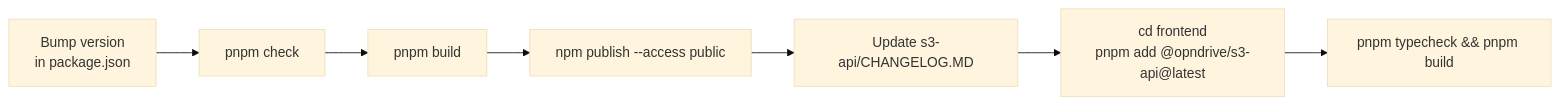
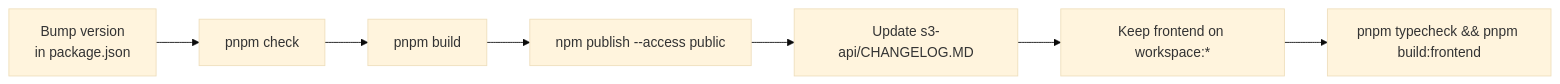
One commit to Opndrive/opndrive changed the diagram in docs/content/maintainers/release-process.md. Above: the diagram before and after it, drawn with Mermaid (base theme). The commit also changed other lines of this file and 18 other files, not shown here.

Commit message:
chore: update docs as per the pnpm workspace

````diff
--- a/docs/content/maintainers/release-process.md
+++ b/docs/content/maintainers/release-process.md
@@ -8,9 +8,9 @@
 ```mermaid
 flowchart LR
     A[Bump version<br/>in package.json] --> B[pnpm check]
     B --> C[pnpm build]
     C --> D[npm publish --access public]
     D --> E[Update s3-api/CHANGELOG.MD]
-    E --> F["cd frontend<br/>pnpm add @opndrive/s3-api@latest"]
-    F --> G[pnpm typecheck && pnpm build]
+    E --> F["Keep frontend on workspace:*"]
+    F --> G[pnpm typecheck && pnpm build:frontend]
 ```
````
